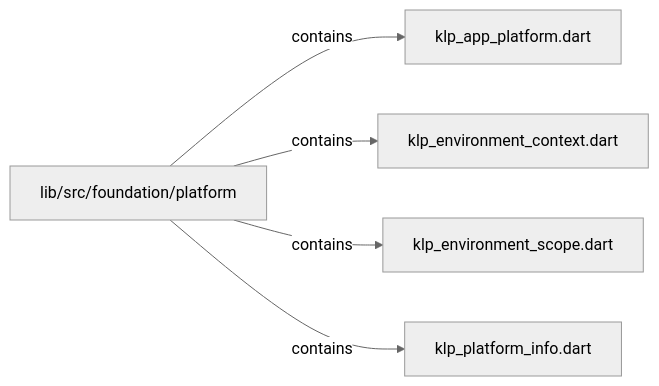
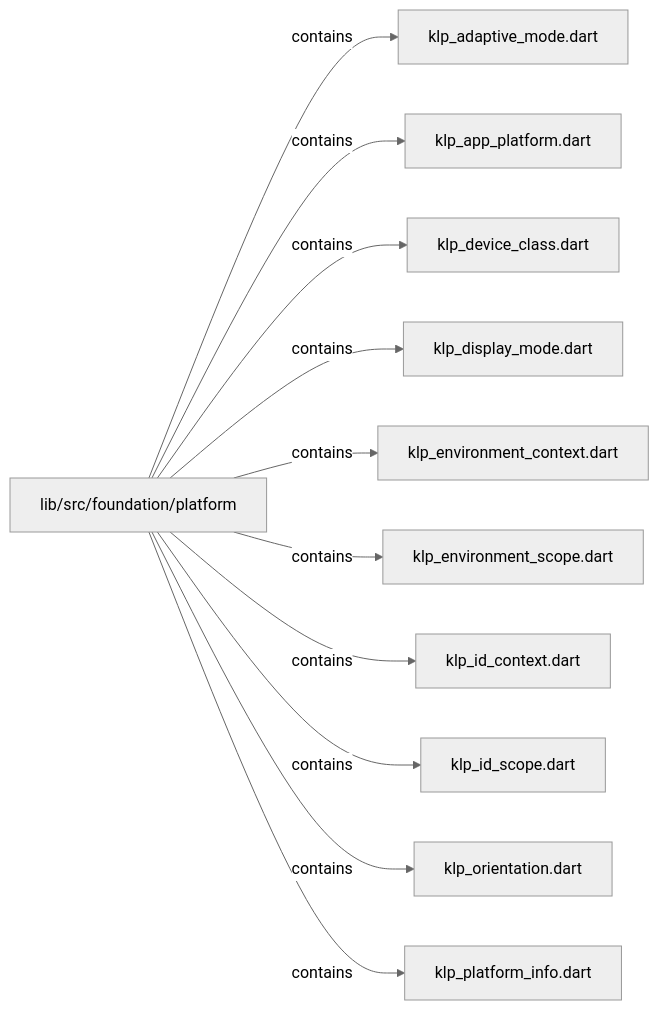
Before and after one commit to MiuDog/Kallopis: the second of 2 diagrams in docs/architecture/src/foundation/platform/README.md, drawn with Mermaid (neutral theme). The commit also changed other lines of this file and 9688 other files, not shown here.

Commit message:
Prepare isolated Flow F2 peer baseline

````diff
--- a/docs/architecture/src/foundation/platform/README.md
+++ b/docs/architecture/src/foundation/platform/README.md
@@ -35,12 +54,24 @@
 ```mermaid
 flowchart LR
 	n0["lib/src/foundation/platform"]
-	n1["klp_app_platform.dart"]
-	n2["klp_environment_context.dart"]
-	n3["klp_environment_scope.dart"]
-	n4["klp_platform_info.dart"]
+	n1["klp_adaptive_mode.dart"]
+	n2["klp_app_platform.dart"]
+	n3["klp_device_class.dart"]
+	n4["klp_display_mode.dart"]
+	n5["klp_environment_context.dart"]
+	n6["klp_environment_scope.dart"]
+	n7["klp_id_context.dart"]
+	n8["klp_id_scope.dart"]
+	n9["klp_orientation.dart"]
+	n10["klp_platform_info.dart"]
 	n0 -->|"contains"| n1
 	n0 -->|"contains"| n2
 	n0 -->|"contains"| n3
 	n0 -->|"contains"| n4
+	n0 -->|"contains"| n5
+	n0 -->|"contains"| n6
+	n0 -->|"contains"| n7
+	n0 -->|"contains"| n8
+	n0 -->|"contains"| n9
+	n0 -->|"contains"| n10
 ```
````
